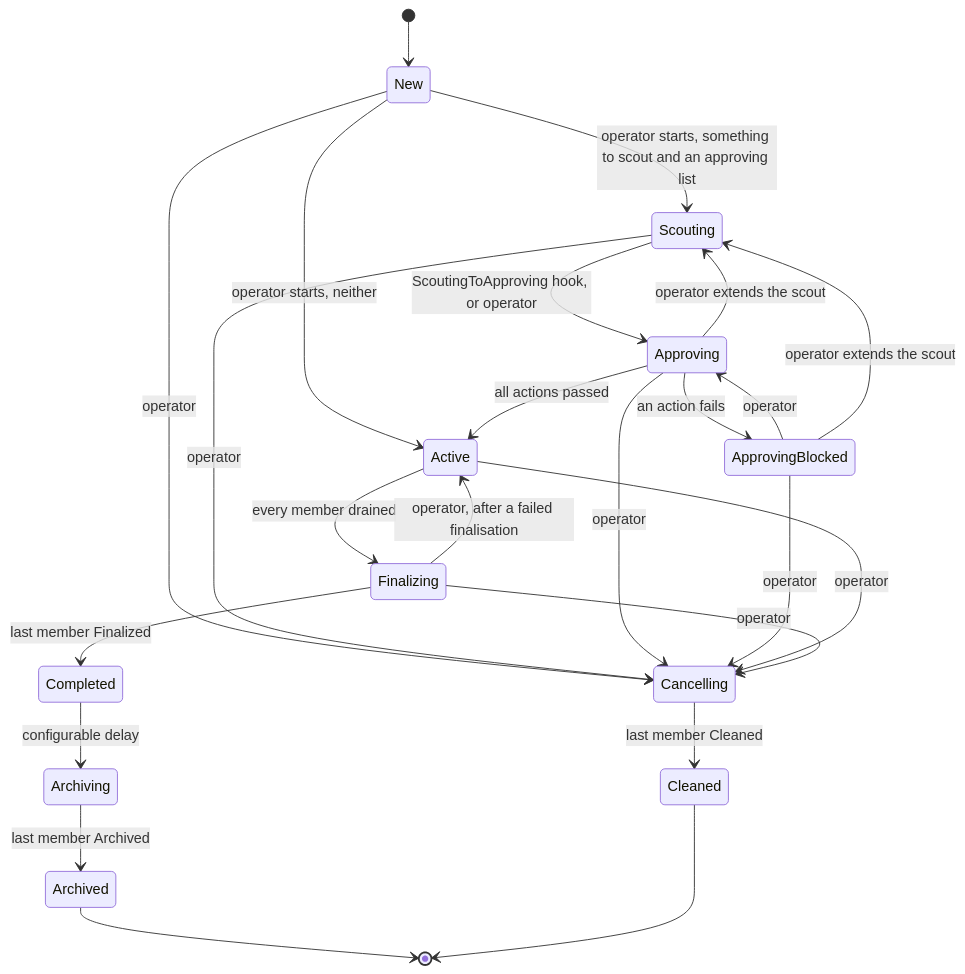
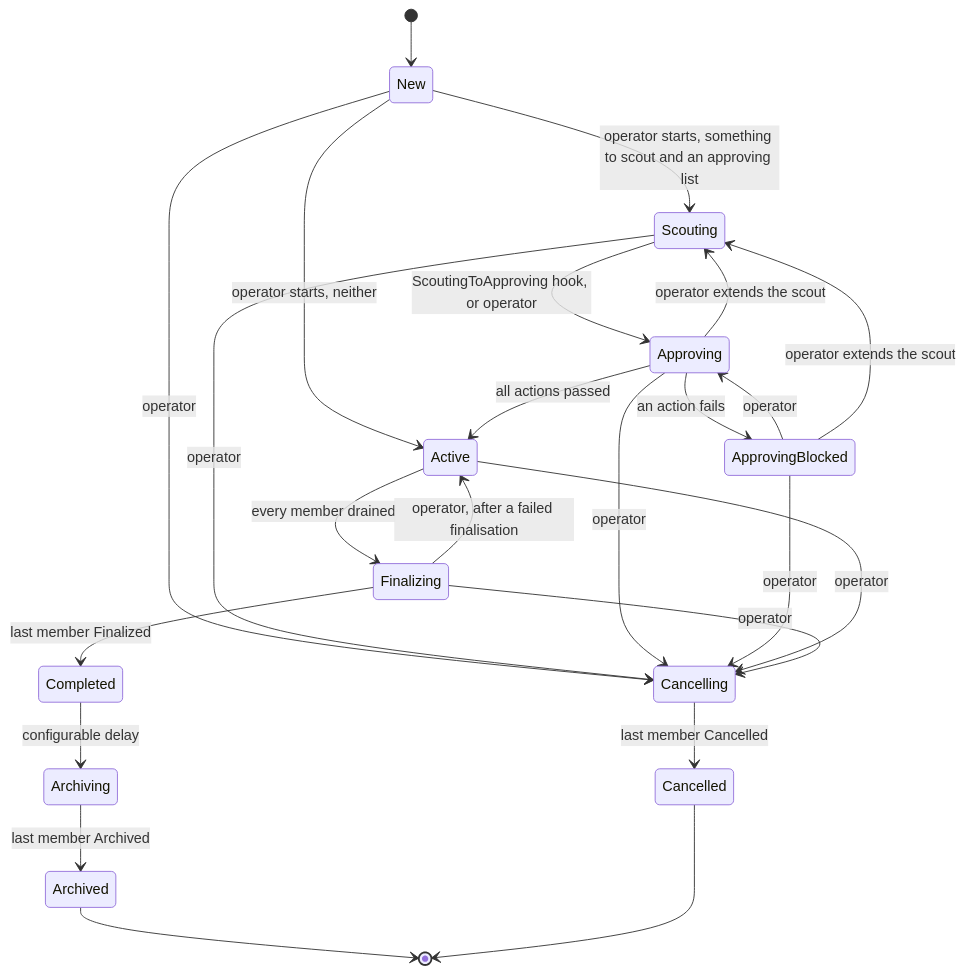
Before and after one commit to DIRACGrid/diracx: the first of 4 diagrams in docs/adr/DX-ADR-005_state_machines.md, drawn with Mermaid. The commit also changed other lines of this file and 2 other files, not shown here.

First line of the commit message:
docs(adr): align DX-ADR-004/005 with the TransformationDB schema review

````diff
--- a/docs/adr/DX-ADR-005_state_machines.md
+++ b/docs/adr/DX-ADR-005_state_machines.md
@@ -35,26 +35,26 @@
 ```mermaid
 stateDiagram-v2
     [*] --> New
     New --> Scouting : operator starts, something to scout and an approving list
     New --> Active : operator starts, neither
     Scouting --> Approving : ScoutingToApproving hook, or operator
     Approving --> ApprovingBlocked : an action fails
     ApprovingBlocked --> Approving : operator
     Approving --> Scouting : operator extends the scout
     ApprovingBlocked --> Scouting : operator extends the scout
     Approving --> Active : all actions passed
     Active --> Finalizing : every member drained
     Finalizing --> Active : operator, after a failed finalisation
     Finalizing --> Completed : last member Finalized
     Completed --> Archiving : configurable delay
     Archiving --> Archived : last member Archived
     New --> Cancelling : operator
     Scouting --> Cancelling : operator
     Approving --> Cancelling : operator
     ApprovingBlocked --> Cancelling : operator
     Active --> Cancelling : operator
     Finalizing --> Cancelling : operator
-    Cancelling --> Cleaned : last member Cleaned
+    Cancelling --> Cancelled : last member Cancelled
     Archived --> [*]
-    Cleaned --> [*]
+    Cancelled --> [*]
 ```
````
